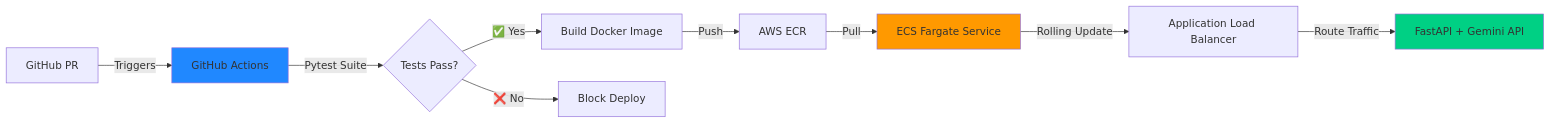
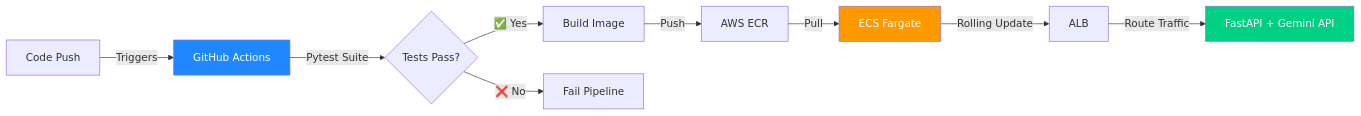
Before and after one commit to Devzane/Devzane: the diagram in README.md, drawn with Mermaid. The commit also changed other lines of this file, not shown here.

````diff
--- a/README.md
+++ b/README.md
@@ -49,15 +26,15 @@
 ```mermaid
 graph LR
-    A[GitHub PR] -->|Triggers| B[GitHub Actions]
+    A[Code Push] -->|Triggers| B[GitHub Actions]
     B -->|Pytest Suite| C{Tests Pass?}
-    C -->|✅ Yes| D[Build Docker Image]
-    C -->|❌ No| E[Block Deploy]
+    C -->|✅ Yes| D[Build Image]
+    C -->|❌ No| E[Fail Pipeline]
     D -->|Push| F[AWS ECR]
-    F -->|Pull| G[ECS Fargate Service]
-    G -->|Rolling Update| H[Application Load Balancer]
+    F -->|Pull| G[ECS Fargate]
+    G -->|Rolling Update| H[ALB]
     H -->|Route Traffic| I[FastAPI + Gemini API]
-    
-    style B fill:#2088FF
-    style G fill:#FF9900
-    style I fill:#00D084
+
+    style B fill:#2088FF,color:#fff
+    style G fill:#FF9900,color:#fff
+    style I fill:#00D084,color:#fff
 ```
````
